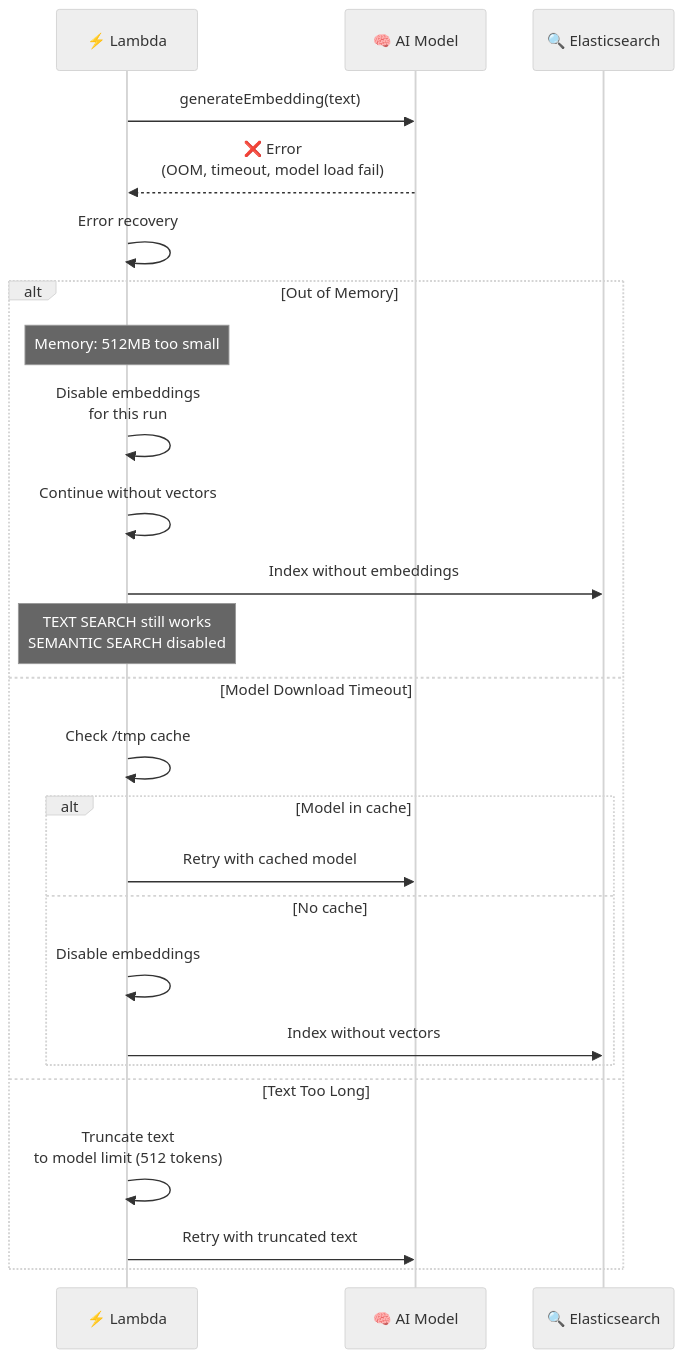
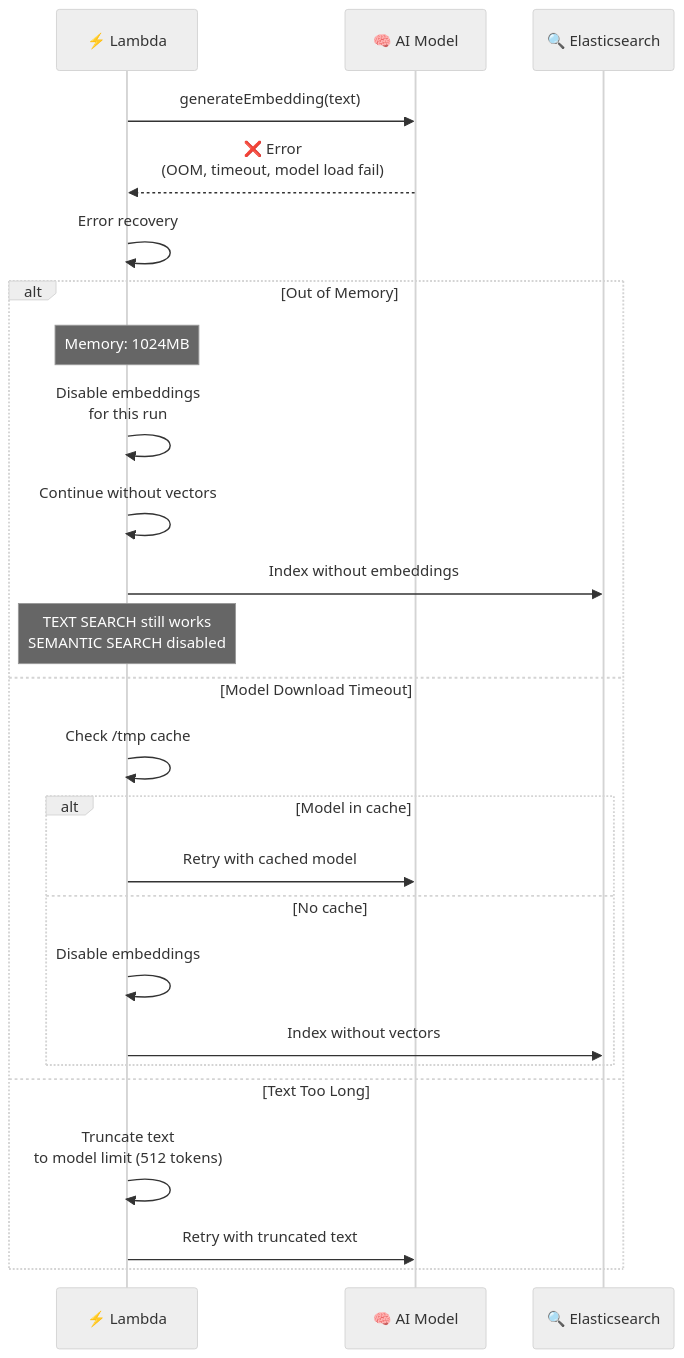
Diagram 11 of 11 in docs/application/LAMBDA-FLOW-SEQUENCE.md (TomJennyDev/chunk-files), drawn with Mermaid (neutral theme) before and after one commit. The commit also changed other lines of this file and 244 other files, not shown here.

````diff
--- a/docs/application/LAMBDA-FLOW-SEQUENCE.md
+++ b/docs/application/LAMBDA-FLOW-SEQUENCE.md
@@ -1383,30 +1377,30 @@
 ```mermaid
 sequenceDiagram
     participant Lambda as ⚡ Lambda
     participant Embedder as 🧠 AI Model
     participant ES as 🔍 Elasticsearch
     
     Lambda->>Embedder: generateEmbedding(text)
     Embedder-->>Lambda: ❌ Error<br/>(OOM, timeout, model load fail)
     
     Lambda->>Lambda: Error recovery
     
     alt Out of Memory
-        Note over Lambda: Memory: 512MB too small
+        Note over Lambda: Memory: 1024MB
         Lambda->>Lambda: Disable embeddings<br/>for this run
         Lambda->>Lambda: Continue without vectors
         Lambda->>ES: Index without embeddings
         Note over Lambda: TEXT SEARCH still works<br/>SEMANTIC SEARCH disabled
     else Model Download Timeout
         Lambda->>Lambda: Check /tmp cache
         alt Model in cache
             Lambda->>Embedder: Retry with cached model
         else No cache
             Lambda->>Lambda: Disable embeddings
             Lambda->>ES: Index without vectors
         end
     else Text Too Long
         Lambda->>Lambda: Truncate text<br/>to model limit (512 tokens)
         Lambda->>Embedder: Retry with truncated text
     end
 ```
````
